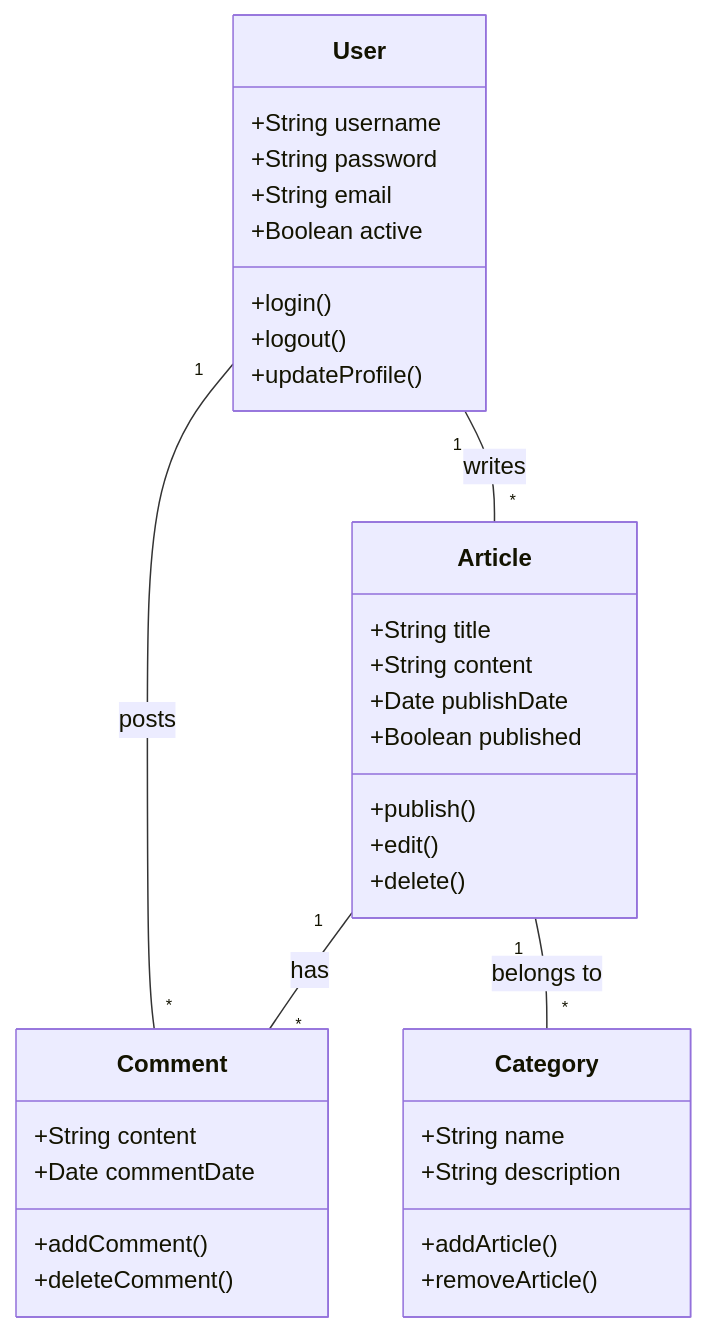
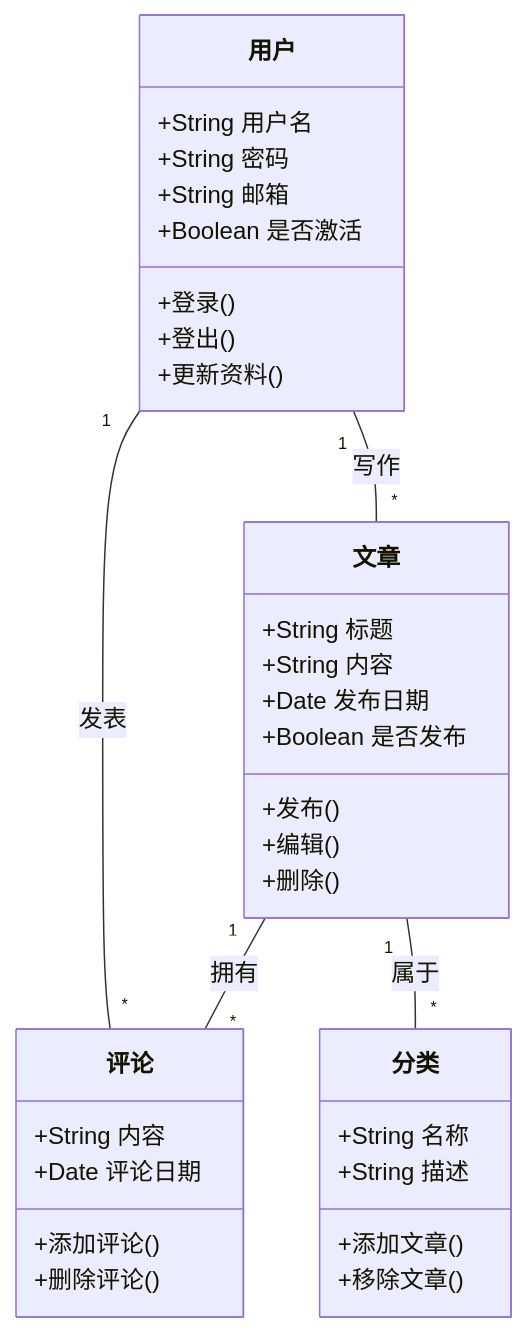
One commit to zpooi/mizuki changed the fourth of 6 diagrams in src/content/posts/markdown-mermaid.md. Above: the diagram before and after it, drawn with Mermaid. The commit also changed other lines of this file and 6 other files, not shown here.

````diff
--- a/src/content/posts/markdown-mermaid.md
+++ b/src/content/posts/markdown-mermaid.md
@@ -105,41 +105,41 @@
 ```mermaid
 classDiagram
-    class User {
-        +String username
-        +String password
-        +String email
-        +Boolean active
-        +login()
-        +logout()
-        +updateProfile()
+    class 用户 {
+        +String 用户名
+        +String 密码
+        +String 邮箱
+        +Boolean 是否激活
+        +登录()
+        +登出()
+        +更新资料()
     }
     
-    class Article {
-        +String title
-        +String content
-        +Date publishDate
-        +Boolean published
-        +publish()
-        +edit()
-        +delete()
+    class 文章 {
+        +String 标题
+        +String 内容
+        +Date 发布日期
+        +Boolean 是否发布
+        +发布()
+        +编辑()
+        +删除()
     }
     
-    class Comment {
-        +String content
-        +Date commentDate
-        +addComment()
-        +deleteComment()
+    class 评论 {
+        +String 内容
+        +Date 评论日期
+        +添加评论()
+        +删除评论()
     }
     
-    class Category {
-        +String name
-        +String description
-        +addArticle()
-        +removeArticle()
+    class 分类 {
+        +String 名称
+        +String 描述
+        +添加文章()
+        +移除文章()
     }
     
-    User "1" -- "*" Article : writes
-    User "1" -- "*" Comment : posts
-    Article "1" -- "*" Comment : has
-    Article "1" -- "*" Category : belongs to
+    用户 "1" -- "*" 文章 : 写作
+    用户 "1" -- "*" 评论 : 发表
+    文章 "1" -- "*" 评论 : 拥有
+    文章 "1" -- "*" 分类 : 属于
 ```
````
